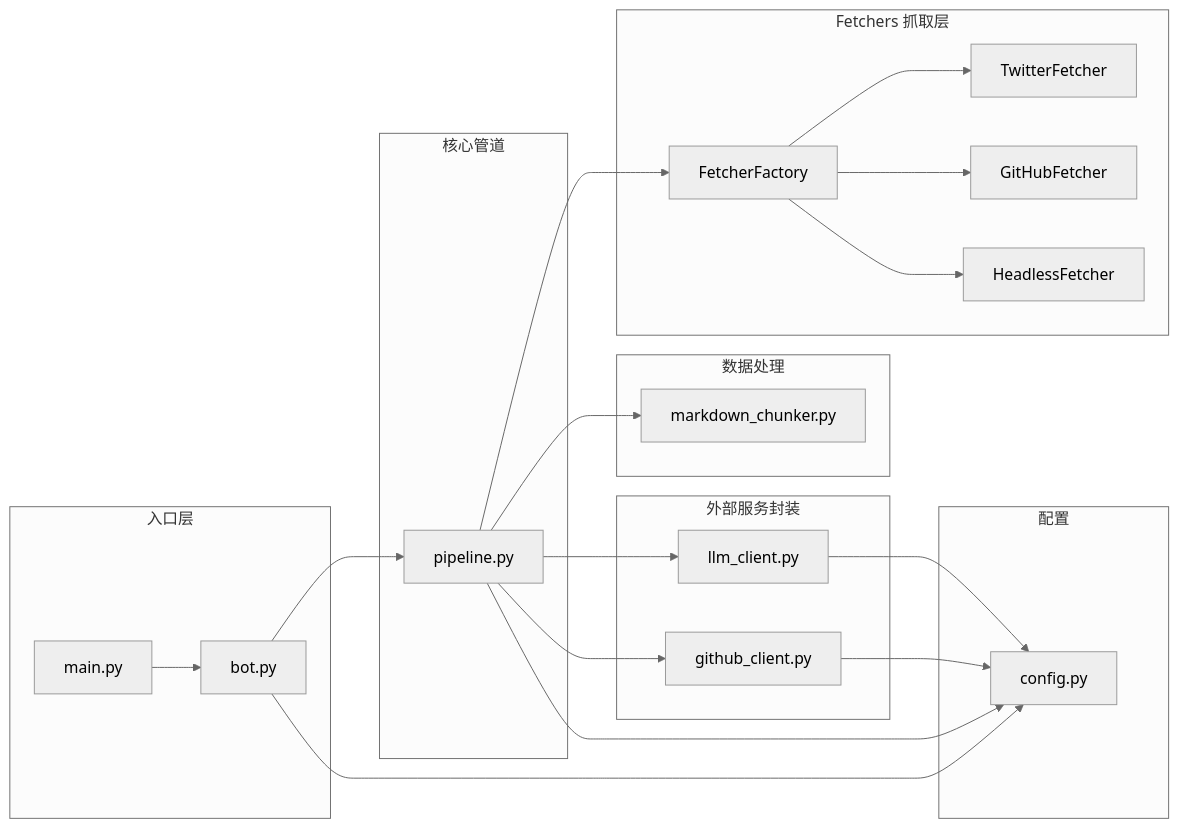
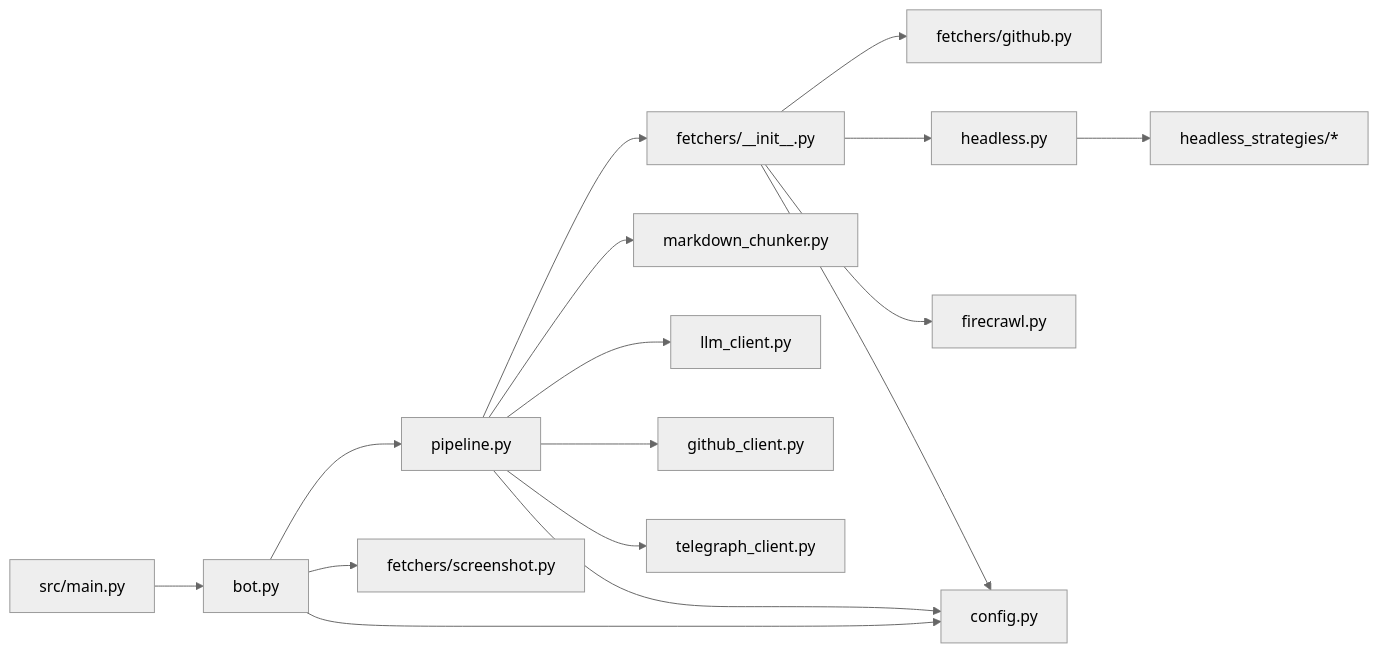
One commit to tiaot33/websum-to-git changed the first of 2 diagrams in src/websum_to_git/CLAUDE.md. Above: the diagram before and after it, drawn with Mermaid (neutral theme). The commit also changed other lines of this file and 3 other files, not shown here.

````diff
--- a/src/websum_to_git/CLAUDE.md
+++ b/src/websum_to_git/CLAUDE.md
@@ -12,46 +12,30 @@
 ```mermaid
 graph LR
-    subgraph 入口层
-        MAIN[main.py]
-        BOT[bot.py]
-    end
+    MAIN[src/main.py]
+    BOT[bot.py]
+    PIPE[pipeline.py]
+    FETCH[fetchers/__init__.py]
+    HEAD[headless.py]
+    STRAT[headless_strategies/*]
+    FIRE[firecrawl.py]
+    GH_FETCH[fetchers/github.py]
+    SHOT[fetchers/screenshot.py]
+    CHUNK[markdown_chunker.py]
+    LLM[llm_client.py]
+    GH[github_client.py]
+    TELE[telegraph_client.py]
+    CFG[config.py]
 
-    subgraph 核心管道
-        PIPE[pipeline.py]
-    end
-
-    subgraph Fetchers 抓取层
-        FF[FetcherFactory]
-        TF[TwitterFetcher]
-        GF[GitHubFetcher]
-        HF[HeadlessFetcher]
-    end
-
-    subgraph 数据处理
-        CHUNK[markdown_chunker.py]
-    end
-
-    subgraph 外部服务封装
-        LLM[llm_client.py]
-        GH[github_client.py]
-    end
-
-    subgraph 配置
-        CFG[config.py]
-    end
-
-    MAIN --> BOT
-    BOT --> PIPE
-    PIPE --> FF
-    FF --> TF
-    FF --> GF
-    FF --> HF
+    MAIN --> BOT --> PIPE
+    PIPE --> FETCH --> GH_FETCH
+    FETCH --> HEAD --> STRAT
+    FETCH --> FIRE
     PIPE --> CHUNK
     PIPE --> LLM
     PIPE --> GH
-
+    PIPE --> TELE
+    BOT --> SHOT
     BOT --> CFG
     PIPE --> CFG
-    LLM --> CFG
-    GH --> CFG
+    FETCH --> CFG
 ```
````
